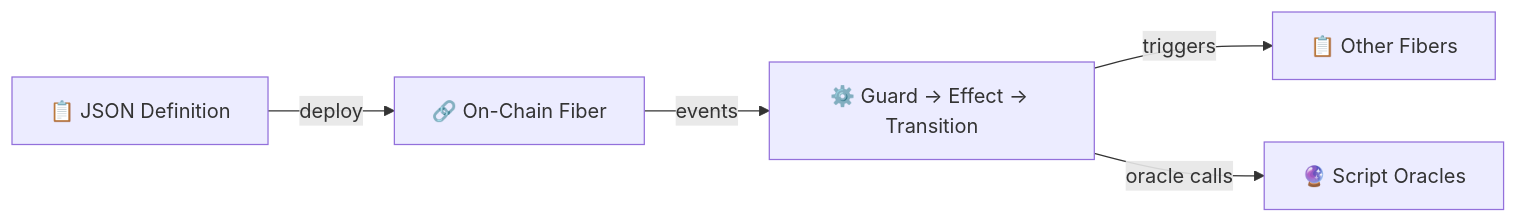
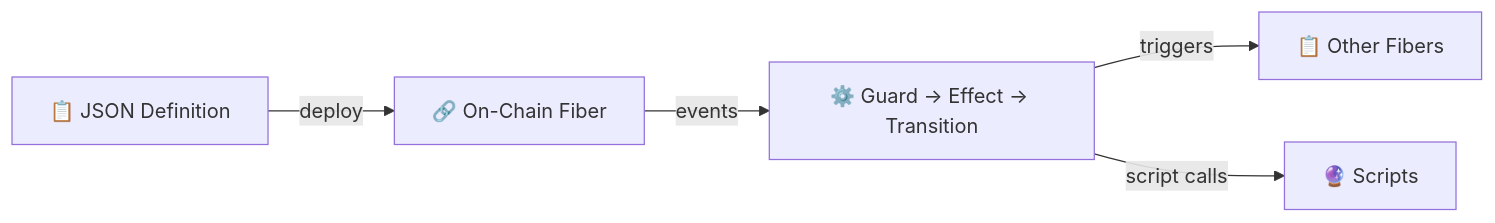
The diagram in README.md (scasplte2/ottochain), drawn with Mermaid before and after one commit. The commit also changed other lines of this file and 83 other files, not shown here.

````diff
--- a/README.md
+++ b/README.md
@@ -14,7 +14,7 @@
 ```mermaid
 graph LR
     A["📋 JSON Definition"] -->|deploy| B["🔗 On-Chain Fiber"]
     B -->|events| C["⚙️ Guard → Effect → Transition"]
     C -->|triggers| D["📋 Other Fibers"]
-    C -->|oracle calls| E["🔮 Script Oracles"]
+    C -->|script calls| E["🔮 Scripts"]
 ```
````
